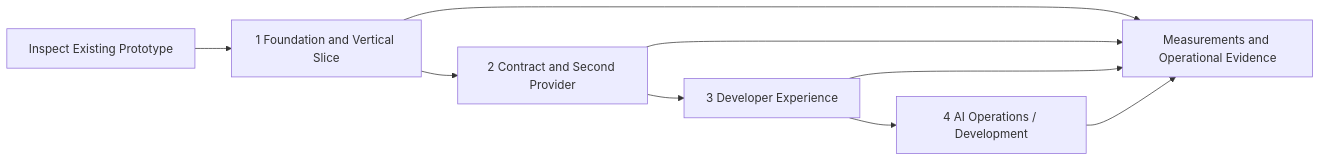
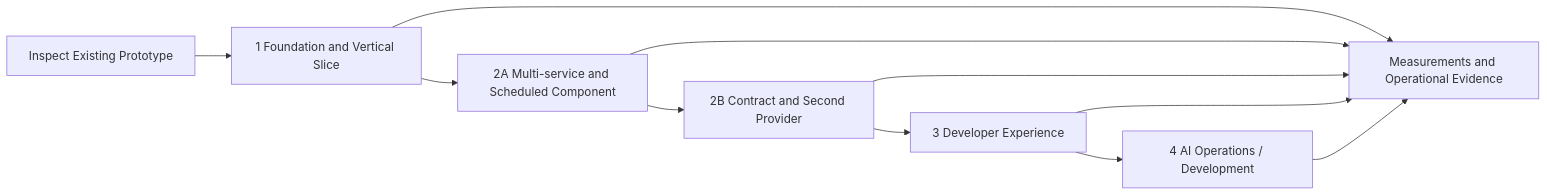
Before and after one commit to eseidinger/developer-platform: the diagram in docs/04-development/development-plan.md, drawn with Mermaid. The commit also changed other lines of this file and 11 other files, not shown here.

Commit message:
docs: plan multi-service scheduled applications

````diff
--- a/docs/04-development/development-plan.md
+++ b/docs/04-development/development-plan.md
@@ -27,11 +28,13 @@
 ```mermaid
 flowchart LR
     Baseline["Inspect Existing Prototype"] --> P1["1 Foundation and Vertical Slice"]
-    P1 --> P2["2 Contract and Second Provider"]
-    P2 --> P3["3 Developer Experience"]
+    P1 --> P2A["2A Multi-service and Scheduled Component"]
+    P2A --> P2B["2B Contract and Second Provider"]
+    P2B --> P3["3 Developer Experience"]
     P3 --> P4["4 AI Operations / Development"]
     P1 --> Evidence["Measurements and Operational Evidence"]
-    P2 --> Evidence
+    P2A --> Evidence
+    P2B --> Evidence
     P3 --> Evidence
     P4 --> Evidence
 ```
````
